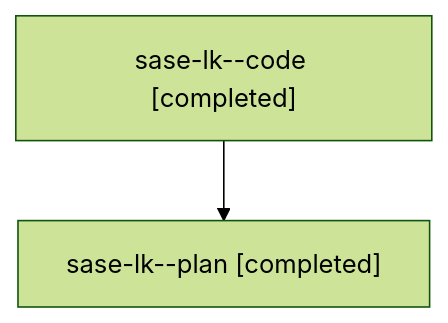
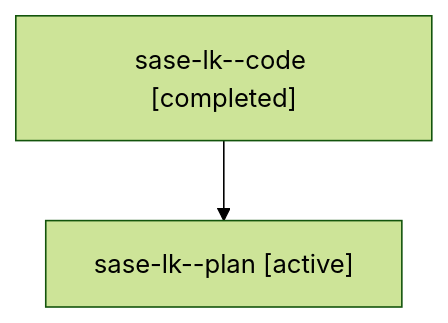
One commit to sase-org/sase--agents changed the diagram in families/bbugyi200.athena.sase-lk.md. Above: the diagram before and after it, drawn with Mermaid (forest theme). The commit also changed other lines of this file and 35830 other files, not shown here.

````diff
--- a/families/bbugyi200.athena.sase-lk.md
+++ b/families/bbugyi200.athena.sase-lk.md
@@ -9,6 +9,6 @@
 ```mermaid
 flowchart TD
   n0["sase-lk--code [completed]"]
-  n1["sase-lk--plan [completed]"]
+  n1["sase-lk--plan [active]"]
   n0 --> n1
 ```
````
